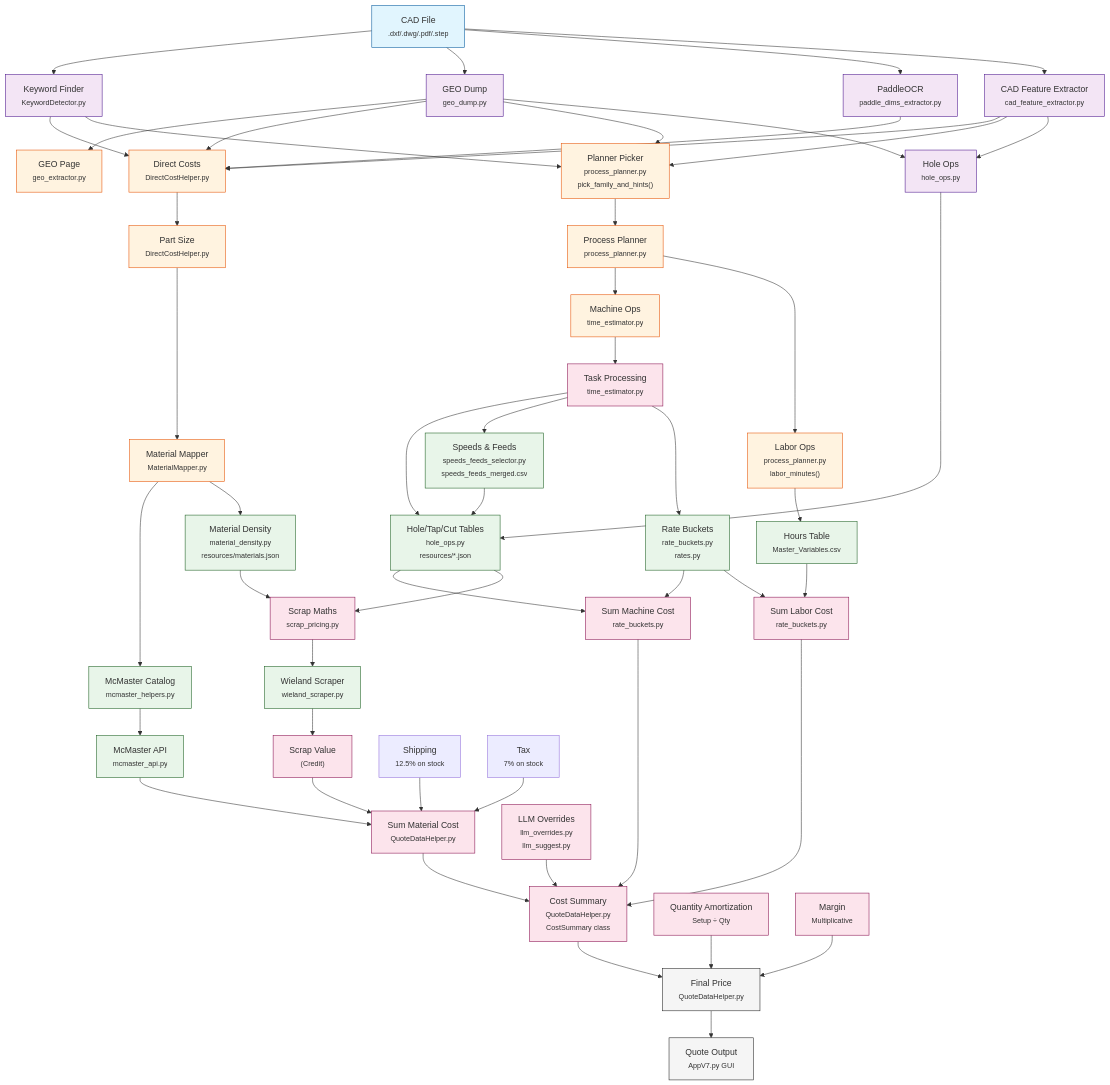
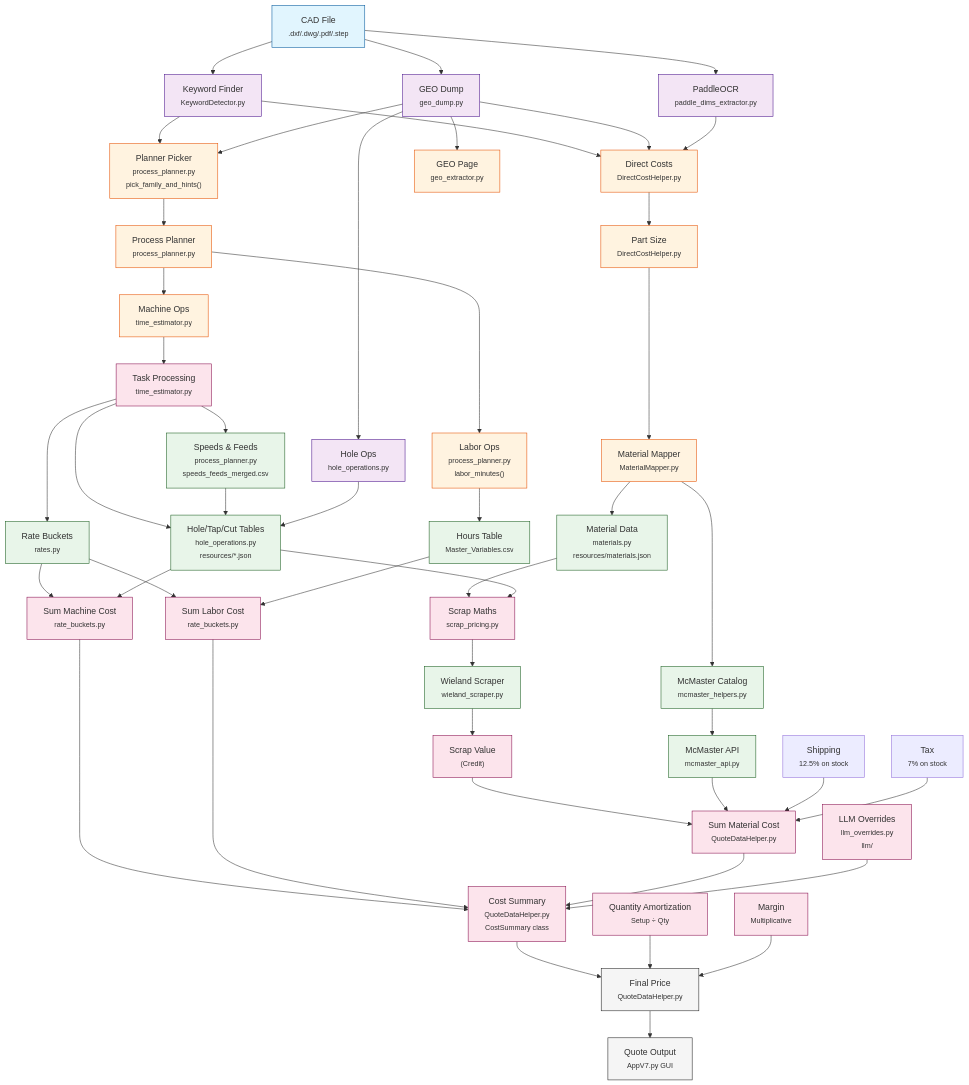
The diagram in docs/appV7_flowchart.md (jwohlin2/CAD_Quoting_Tool), drawn with Mermaid before and after one commit. The commit also changed other lines of this file, not shown here.

Commit message:
Update appV7_flowchart.md to reflect recent consolidations
- Remove cad_feature_extractor.py (deleted as dead code)
- Update hole_ops.py to cad_quoter/geometry/hole_operations.py
- Update material_density.py to cad_quoter/materials.py
- Fix mcmaster_api.py path (root level, not cad_quoter/)
- Consolidate rate_buckets.py and rates.py to cad_quoter/rates.py
- Update speeds_feeds_selector.py to process_planner.py
- Update llm_suggest.py to cad_quoter/llm/

````diff
--- a/docs/appV7_flowchart.md
+++ b/docs/appV7_flowchart.md
@@ -3,24 +3,22 @@
 ```mermaid
 flowchart TB
     %% Input
-    A["CAD File<br/><small>.dxf/.dwg/.pdf/.step</small>"] --> B & C & D & E1
+    A["CAD File<br/><small>.dxf/.dwg/.pdf/.step</small>"] --> B & C & D
 
     %% Primary Extraction
     B["Keyword Finder<br/><small>KeywordDetector.py</small>"]
     C["GEO Dump<br/><small>geo_dump.py</small>"]
     D["PaddleOCR<br/><small>paddle_dims_extractor.py</small>"]
-    E1["CAD Feature Extractor<br/><small>cad_feature_extractor.py</small>"]
 
     %% Secondary Processing
     B --> E & G
     C --> F & E & G & H1
     D --> E
-    E1 --> E & G & H1
 
     E["Direct Costs<br/><small>DirectCostHelper.py</small>"]
     F["GEO Page<br/><small>geo_extractor.py</small>"]
     G["Planner Picker<br/><small>process_planner.py<br/>pick_family_and_hints()</small>"]
-    H1["Hole Ops<br/><small>hole_ops.py</small>"]
+    H1["Hole Ops<br/><small>hole_operations.py</small>"]
 
     %% Part Analysis
     E --> H
@@ -46,7 +44,7 @@
     n3["McMaster API<br/><small>mcmaster_api.py</small>"]
 
     %% Material Data
-    n2["Material Density<br/><small>material_density.py<br/>resources/materials.json</small>"]
+    n2["Material Data<br/><small>materials.py<br/>resources/materials.json</small>"]
     n2 --> n4
 
     %% Scrap Calculations
@@ -62,15 +60,15 @@
     n6 --> n8 & n15 & R1
 
     %% Rate Infrastructure
-    R1["Rate Buckets<br/><small>rate_buckets.py<br/>rates.py</small>"]
+    R1["Rate Buckets<br/><small>rates.py</small>"]
     R1 --> n9 & n10
 
     %% Speeds and Feeds
-    n15["Speeds & Feeds<br/><small>speeds_feeds_selector.py<br/>speeds_feeds_merged.csv</small>"]
+    n15["Speeds & Feeds<br/><small>process_planner.py<br/>speeds_feeds_merged.csv</small>"]
     n15 --> n8
 
     %% Operation Tables
-    n8["Hole/Tap/Cut Tables<br/><small>hole_ops.py<br/>resources/*.json</small>"]
+    n8["Hole/Tap/Cut Tables<br/><small>hole_operations.py<br/>resources/*.json</small>"]
     H1 --> n8
     n8 --> n9 & n4
 
@@ -100,7 +98,7 @@
     %% Overrides & Final
     n11["Cost Summary<br/><small>QuoteDataHelper.py<br/>CostSummary class</small>"]
 
-    OV["LLM Overrides<br/><small>llm_overrides.py<br/>llm_suggest.py</small>"]
+    OV["LLM Overrides<br/><small>llm_overrides.py<br/>llm/</small>"]
     OV --> n11
 
     n11 --> n18
@@ -124,7 +122,7 @@
     classDef output fill:#f5f5f5,stroke:#212121
 
     class A input
-    class B,C,D,E1,H1 extraction
+    class B,C,D,H1 extraction
     class E,F,G,H,I,J,K,L processing
     class n1,n2,n3,n5,n7,n8,n15,R1 data
     class n4,n6,n9,n10,n12,n13,n11,OV,QTY,MRG cost
````
